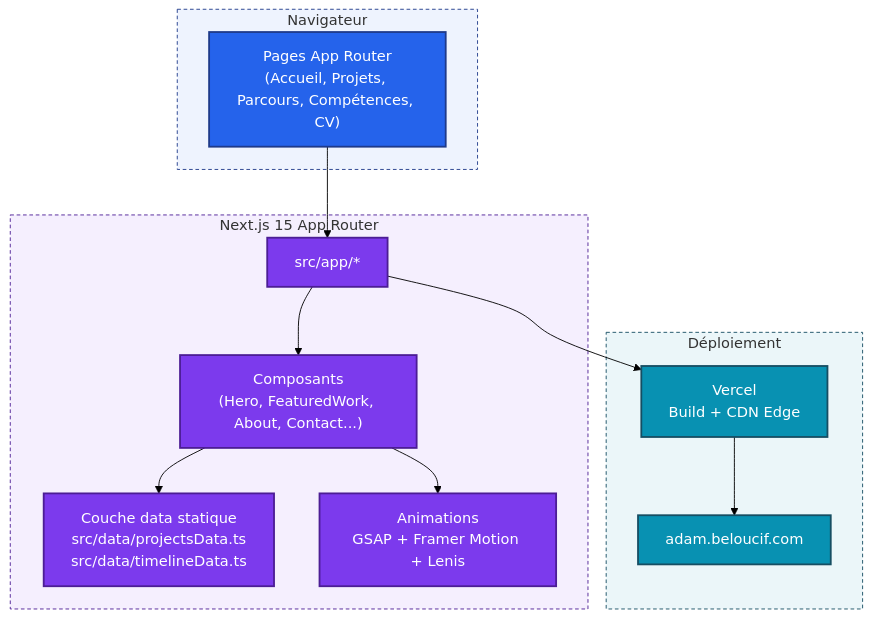
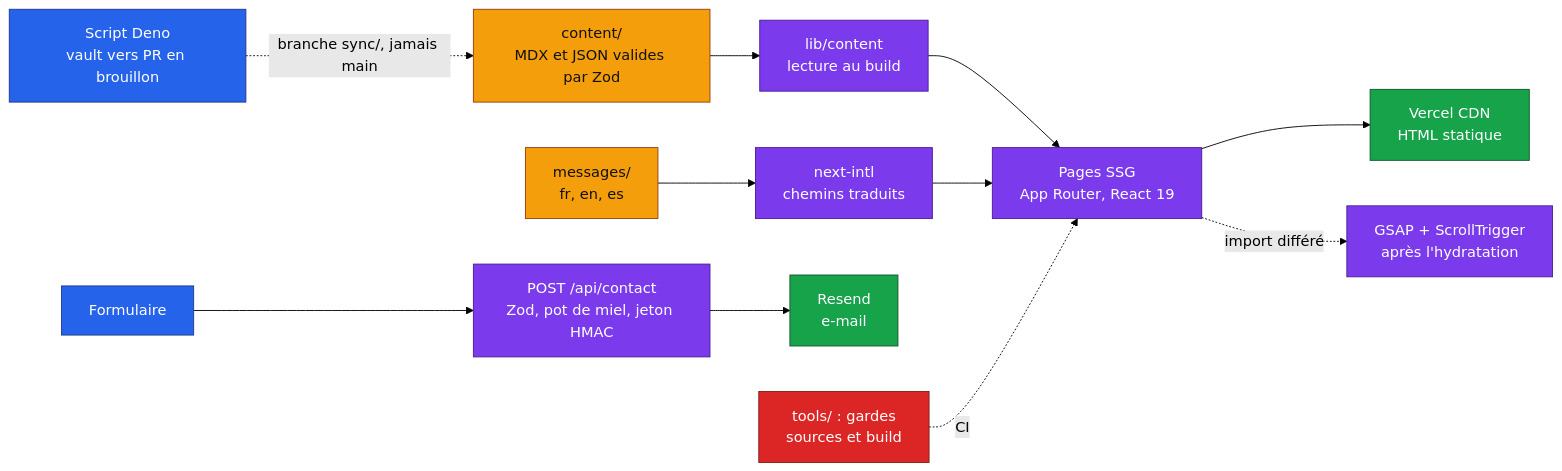
Before and after one commit to Adam-Blf/adam-portfolio: the diagram in README.md, drawn with Mermaid (forest theme). The commit also changed other lines of this file and 4 other files, not shown here.

````diff
--- a/README.md
+++ b/README.md
@@ -15,35 +33,18 @@
 ```mermaid
-flowchart TD
-    subgraph Client["Navigateur"]
-        UI["Pages App Router\n(Accueil, Projets, Parcours, Compétences, CV)"]
-    end
-
-    subgraph App["Next.js 15 App Router"]
-        Pages["src/app/*"]
-        Components["Composants\n(Hero, FeaturedWork, About, Contact...)"]
-        Data["Couche data statique\nsrc/data/projectsData.ts\nsrc/data/timelineData.ts"]
-        Anim["Animations\nGSAP + Framer Motion + Lenis"]
-    end
-
-    subgraph Deploy["Déploiement"]
-        Vercel["Vercel\nBuild + CDN Edge"]
-        Domain["adam.beloucif.com"]
-    end
-
-    UI --> Pages
-    Pages --> Components
-    Components --> Data
-    Components --> Anim
-    Pages --> Vercel
-    Vercel --> Domain
-
-    classDef c0 fill:#2563eb,stroke:#1e3a8a,stroke-width:2px,color:#ffffff
-    classDef c1 fill:#7c3aed,stroke:#4c1d95,stroke-width:2px,color:#ffffff
-    classDef c2 fill:#0891b2,stroke:#164e63,stroke-width:2px,color:#ffffff
-    class UI c0
-    class Pages,Components,Data,Anim c1
-    class Vercel,Domain c2
-    style Client fill:#2563eb14,stroke:#1e3a8a,stroke-width:1px,stroke-dasharray:4 3
-    style App fill:#7c3aed14,stroke:#4c1d95,stroke-width:1px,stroke-dasharray:4 3
-    style Deploy fill:#0891b214,stroke:#164e63,stroke-width:1px,stroke-dasharray:4 3
+flowchart LR
+    C["content/<br/>MDX et JSON valides par Zod"]:::store --> L["lib/content<br/>lecture au build"]:::process
+    M["messages/<br/>fr, en, es"]:::store --> I["next-intl<br/>chemins traduits"]:::process
+    L --> P["Pages SSG<br/>App Router, React 19"]:::process
+    I --> P
+    P --> V["Vercel CDN<br/>HTML statique"]:::output
+    P -. "import différé" .-> G["GSAP + ScrollTrigger<br/>après l'hydratation"]:::process
+    F["Formulaire"]:::input --> A["POST /api/contact<br/>Zod, pot de miel, jeton HMAC"]:::process
+    A --> R["Resend<br/>e-mail"]:::output
+    S["Script Deno<br/>vault vers PR en brouillon"]:::input -. "branche sync/, jamais main" .-> C
+    T["tools/ : gardes<br/>sources et build"]:::guard -. "CI" .-> P
+    classDef input fill:#2563eb,stroke:#1e3a8a,color:#fff
+    classDef process fill:#7c3aed,stroke:#4c1d95,color:#fff
+    classDef store fill:#f59e0b,stroke:#92400e,color:#111
+    classDef output fill:#16a34a,stroke:#14532d,color:#fff
+    classDef guard fill:#dc2626,stroke:#7f1d1d,color:#fff
 ```
````
